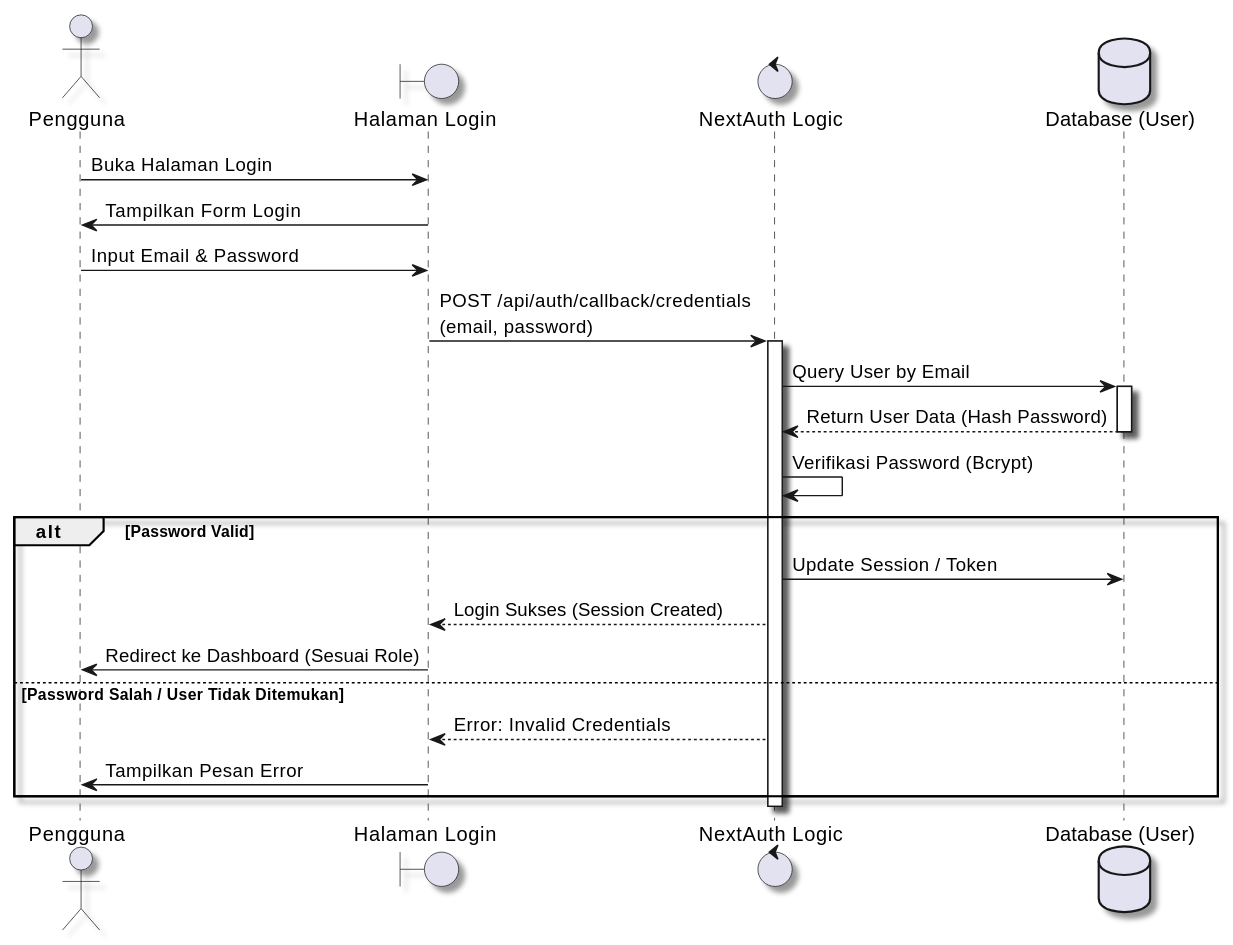
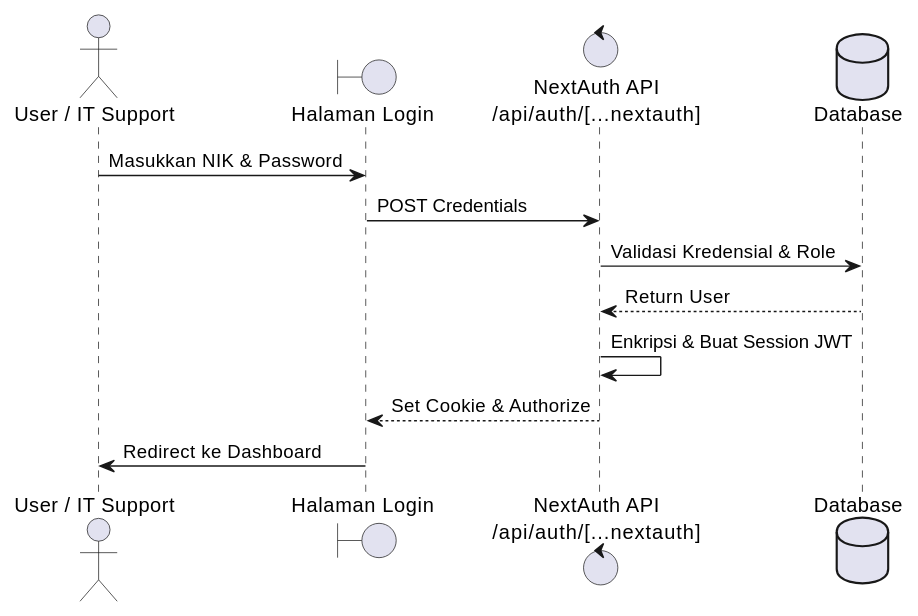
The first of 15 diagrams in docs/SEQUENCE_DIAGRAMS_PLANTUML.md (mrahmatfadila/bissmillah-skripsi-web), drawn with PlantUML before and after one commit. The commit also changed other lines of this file and 41 other files, not shown here.

Commit message:
chore: update system with recent fixes and logic

````diff
--- a/docs/SEQUENCE_DIAGRAMS_PLANTUML.md
+++ b/docs/SEQUENCE_DIAGRAMS_PLANTUML.md
@@ -8,36 +6,16 @@
 ```plantuml
 @startuml
-skinparam handwritten false
-skinparam monochrome false
-skinparam shadowing true
+actor User as "User / IT Support"
+boundary UI as "Halaman Login"
+control System as "NextAuth API\n/api/auth/[...nextauth]"
+database DB as "Database"
 
-actor User as "Pengguna"
-boundary UI as "Halaman Login"
-control Auth as "NextAuth Logic"
-database DB as "Database (User)"
-
-User -> UI : Buka Halaman Login
-UI -> User : Tampilkan Form Login
-User -> UI : Input Email & Password
-UI -> Auth : POST /api/auth/callback/credentials\n(email, password)
-activate Auth
-
-Auth -> DB : Query User by Email
-activate DB
-DB --> Auth : Return User Data (Hash Password)
-deactivate DB
-
-Auth -> Auth : Verifikasi Password (Bcrypt)
-
-alt Password Valid
-    Auth -> DB : Update Session / Token
-    Auth --> UI : Login Sukses (Session Created)
-    UI -> User : Redirect ke Dashboard (Sesuai Role)
-else Password Salah / User Tidak Ditemukan
-    Auth --> UI : Error: Invalid Credentials
-    UI -> User : Tampilkan Pesan Error
-end
-
-deactivate Auth
+User -> UI : Masukkan NIK & Password
+UI -> System : POST Credentials
+System -> DB : Validasi Kredensial & Role
+DB --> System : Return User
+System -> System : Enkripsi & Buat Session JWT
+System --> UI : Set Cookie & Authorize
+UI -> User : Redirect ke Dashboard
 @enduml
 ```
````
